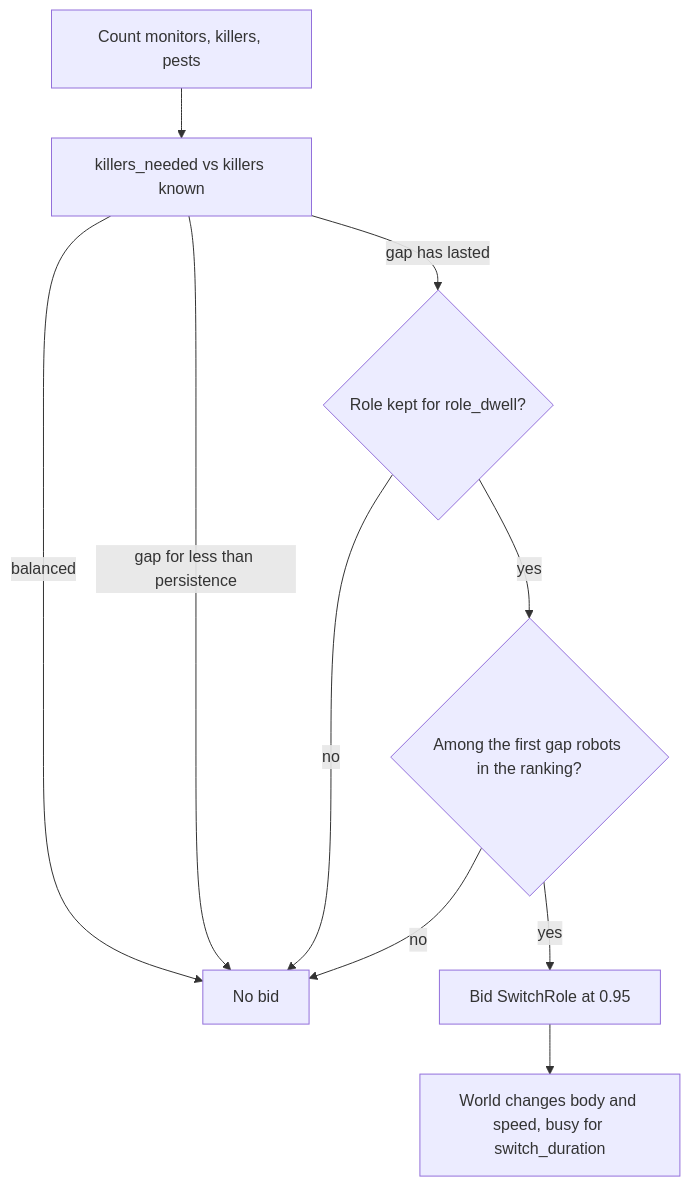
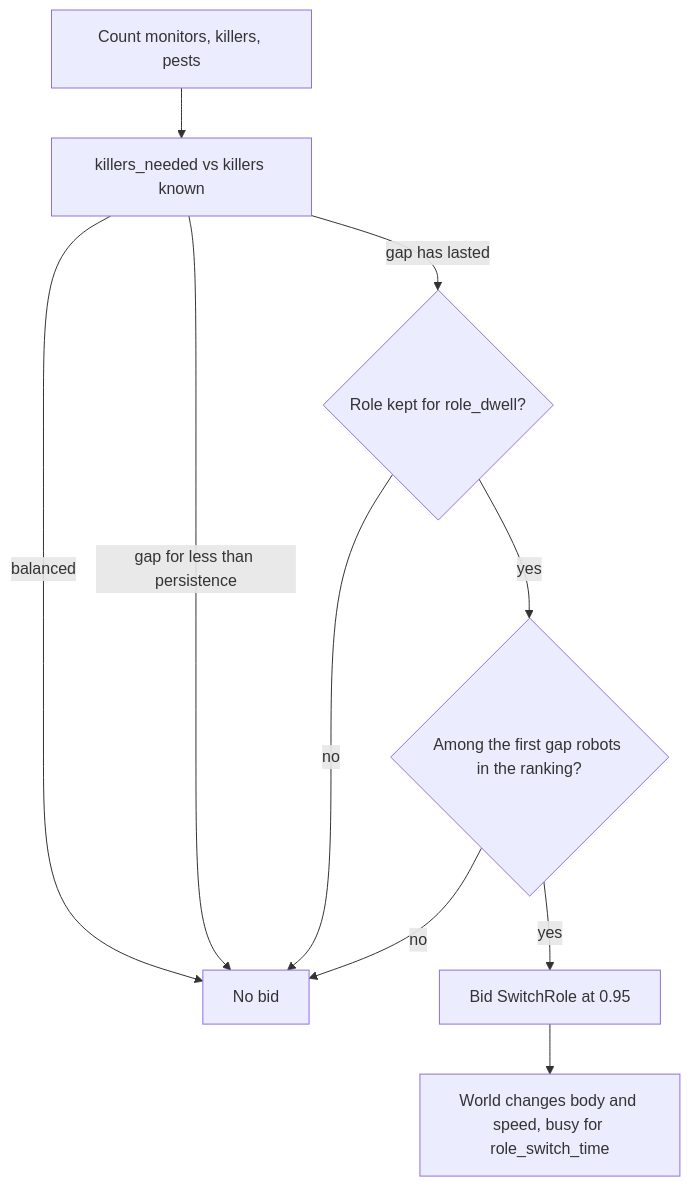
The diagram in docs/research/rebalancing.md (TychoGrapendaal/JIP_Swarm_Field), drawn with Mermaid before and after one commit. The commit also changed other lines of this file and 20 other files, not shown here.

````diff
--- a/docs/research/rebalancing.md
+++ b/docs/research/rebalancing.md
@@ -43,12 +43,12 @@
 ```mermaid
 flowchart TD
     count[Count monitors, killers, pests] --> need[killers_needed vs killers known]
     need -->|balanced| none[No bid]
     need -->|gap for less than persistence| none
     need -->|gap has lasted| dwellcheck{Role kept for role_dwell?}
     dwellcheck -->|no| none
     dwellcheck -->|yes| rank{Among the first gap robots in the ranking?}
     rank -->|no| none
     rank -->|yes| bid[Bid SwitchRole at 0.95]
-    bid --> world[World changes body and speed, busy for switch_duration]
+    bid --> world[World changes body and speed, busy for role_switch_time]
 ```
````
